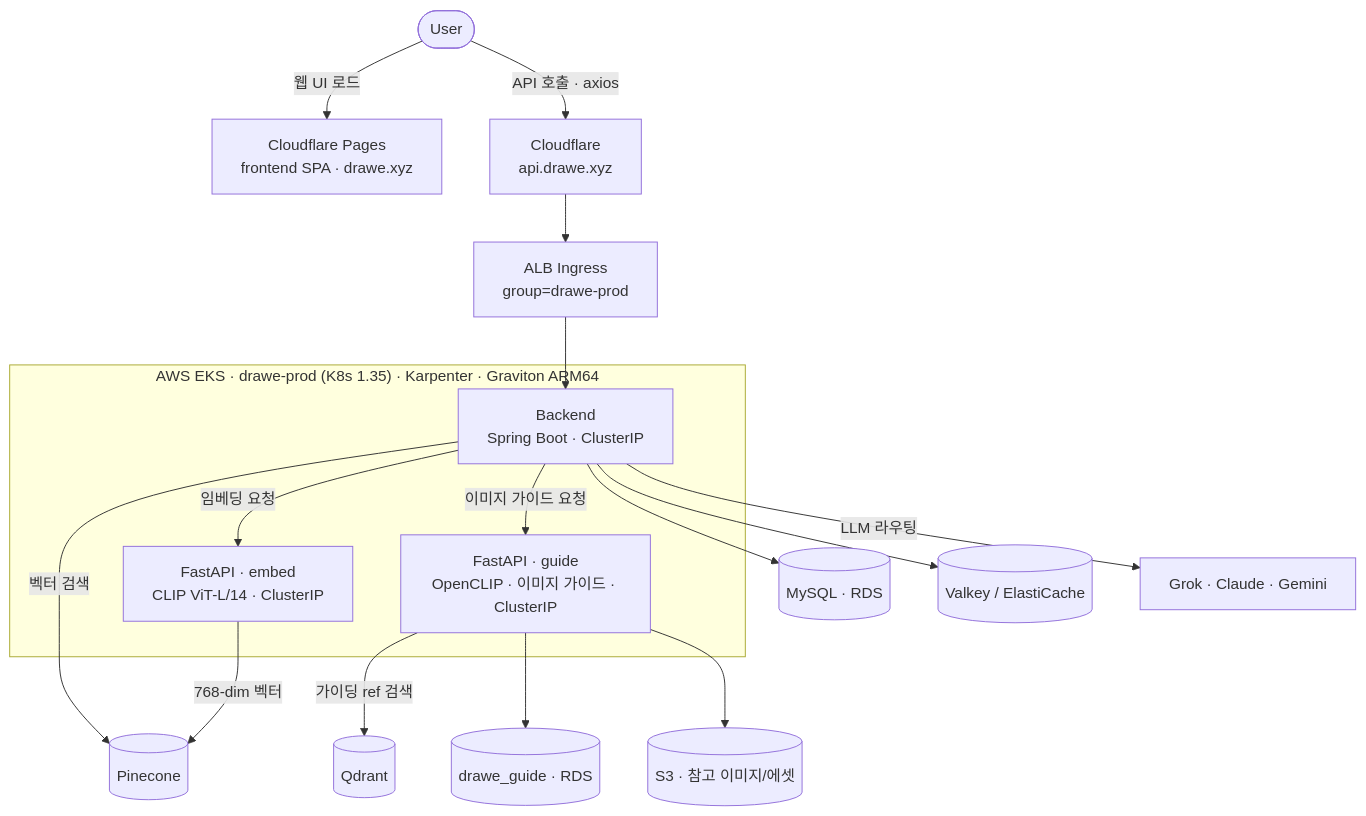
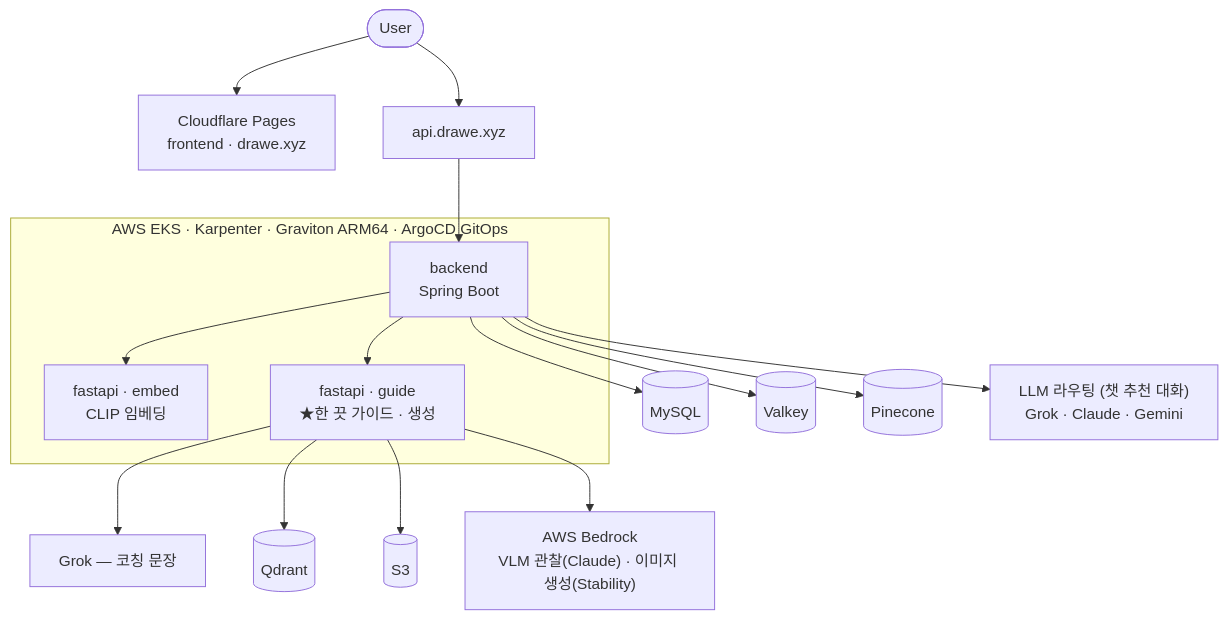
Before and after one commit to DraWeTeam/drawe: the diagram in README.md, drawn with Mermaid. The commit also changed other lines of this file and 13 other files, not shown here.

````diff
--- a/README.md
+++ b/README.md
@@ -82,24 +107,19 @@
 ```mermaid
 flowchart TD
-  U([User]) -->|웹 UI 로드| CF[Cloudflare Pages<br/>frontend SPA · drawe.xyz]
-  U -->|API 호출 · axios| CFP[Cloudflare<br/>api.drawe.xyz]
-  CFP --> ALB[ALB Ingress<br/>group=drawe-prod]
-  ALB --> BE
+  U([User]) --> CF[Cloudflare Pages<br/>frontend · drawe.xyz]
+  U --> API[api.drawe.xyz] --> BE
 
-  subgraph EKS["AWS EKS · drawe-prod (K8s 1.35) · Karpenter · Graviton ARM64"]
-    BE[Backend<br/>Spring Boot · ClusterIP]
-    FA[FastAPI · embed<br/>CLIP ViT-L/14 · ClusterIP]
-    GA[FastAPI · guide<br/>OpenCLIP · 이미지 가이드 · ClusterIP]
+  subgraph EKS["AWS EKS · Karpenter · Graviton ARM64 · ArgoCD GitOps"]
+    BE[backend<br/>Spring Boot]
+    FA[fastapi · embed<br/>CLIP 임베딩]
+    GA[fastapi · guide<br/>★한 끗 가이드 · 생성]
   end
 
-  BE --> DB[(MySQL · RDS)]
-  BE --> RC[(Valkey / ElastiCache)]
-  BE -->|임베딩 요청| FA
-  BE -->|이미지 가이드 요청| GA
-  BE -->|벡터 검색| PC[(Pinecone)]
-  BE -->|LLM 라우팅| LLM[Grok · Claude · Gemini]
-  FA -->|768-dim 벡터| PC
-  GA -->|가이딩 ref 검색| QD[(Qdrant)]
-  GA --> GDB[(drawe_guide · RDS)]
-  GA --> S3[(S3 · 참고 이미지/에셋)]
+  BE --> DB[(MySQL)] & RC[(Valkey)]
+  BE --> FA & GA
+  BE --> PC[(Pinecone)]
+  BE --> LLM["LLM 라우팅 (챗 추천 대화)<br/>Grok · Claude · Gemini"]
+  GA --> GK["Grok — 코칭 문장"]
+  GA --> QD[(Qdrant)] & S3[(S3)]
+  GA --> BR["AWS Bedrock<br/>VLM 관찰(Claude) · 이미지 생성(Stability)"]
 ```
````
